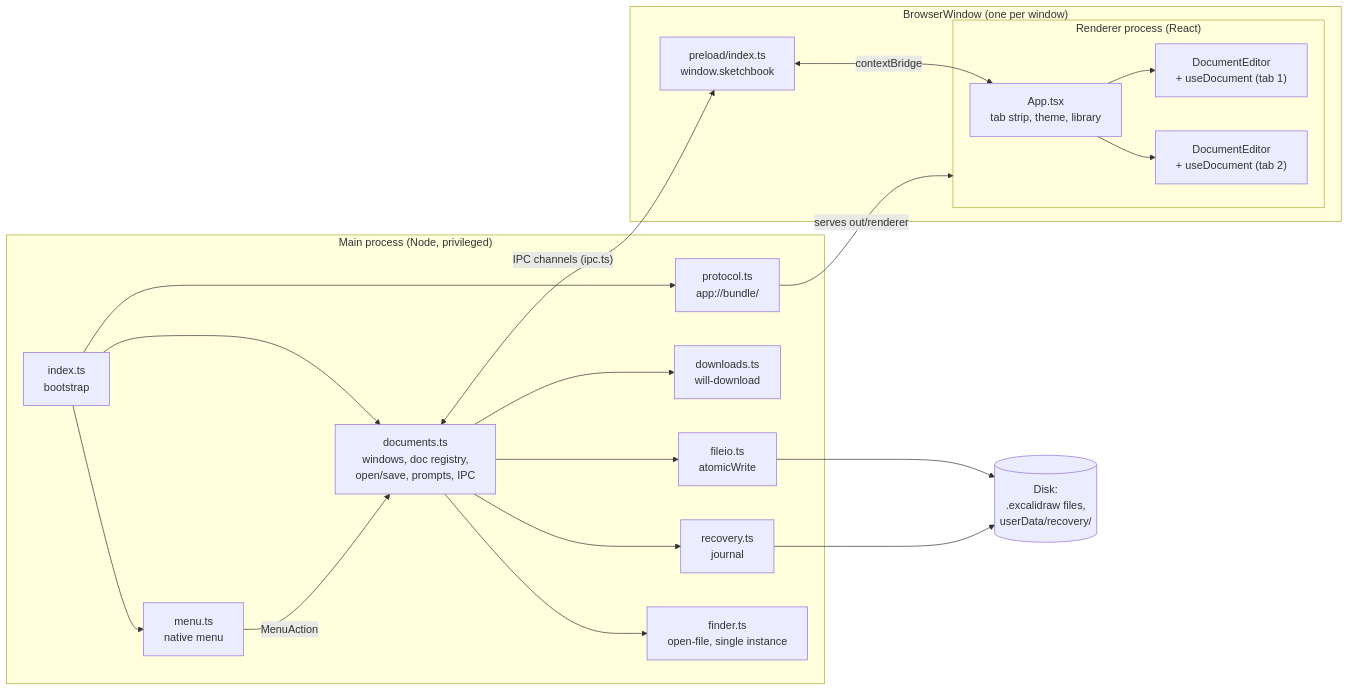
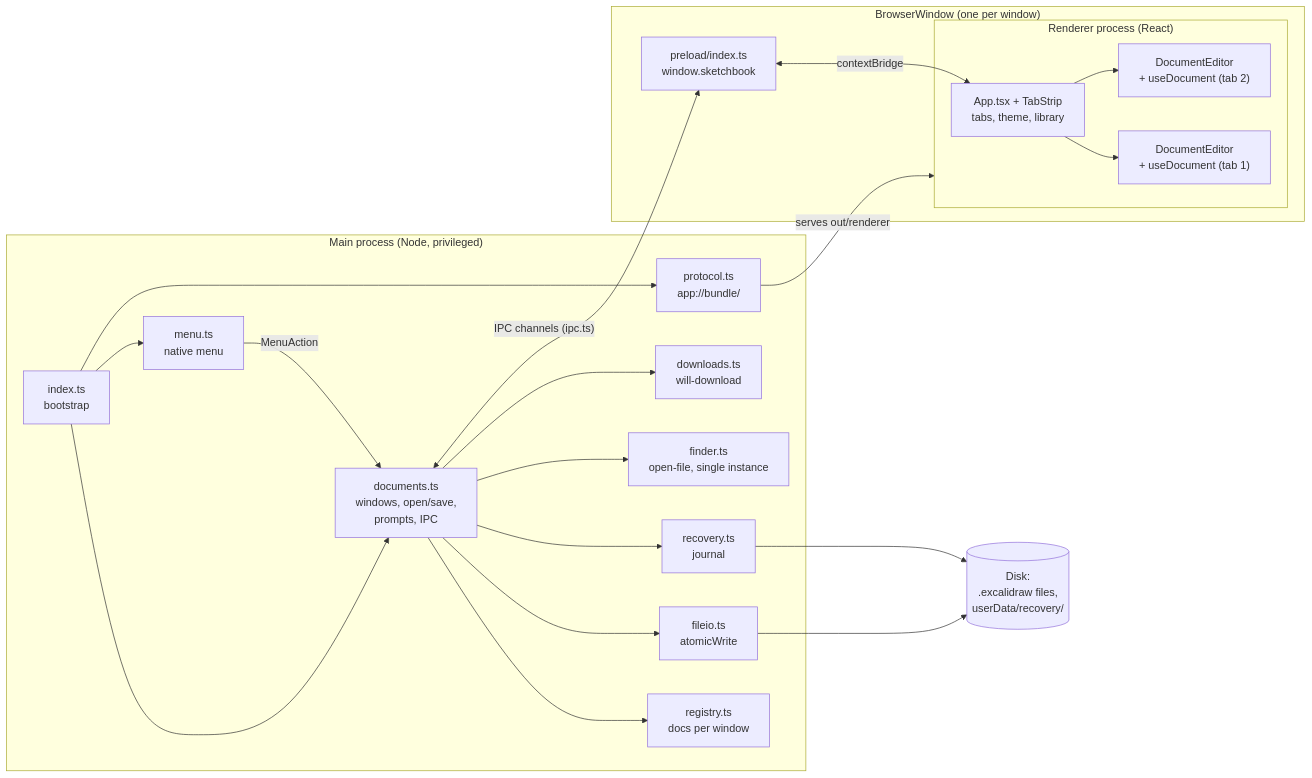
One commit to 3333444n/sketchbook changed the first of 6 diagrams in docs/architecture.md. Above: the diagram before and after it, drawn with Mermaid. The commit also changed other lines of this file and 9 other files, not shown here.

````diff
--- a/docs/architecture.md
+++ b/docs/architecture.md
@@ -12,40 +9,42 @@
 ```mermaid
 flowchart LR
   subgraph Main["Main process (Node, privileged)"]
     idx["index.ts<br/>bootstrap"]
-    docs["documents.ts<br/>windows, doc registry,<br/>open/save, prompts, IPC"]
+    docs["documents.ts<br/>windows, open/save,<br/>prompts, IPC"]
+    reg["registry.ts<br/>docs per window"]
     menu["menu.ts<br/>native menu"]
     proto["protocol.ts<br/>app://bundle/"]
     dl["downloads.ts<br/>will-download"]
     fio["fileio.ts<br/>atomicWrite"]
     rec["recovery.ts<br/>journal"]
     finder["finder.ts<br/>open-file, single instance"]
   end
 
   subgraph Win["BrowserWindow (one per window)"]
     pre["preload/index.ts<br/>window.sketchbook"]
     subgraph R["Renderer process (React)"]
-      app["App.tsx<br/>tab strip, theme, library"]
+      app["App.tsx + TabStrip<br/>tabs, theme, library"]
       ed1["DocumentEditor<br/>+ useDocument (tab 1)"]
       ed2["DocumentEditor<br/>+ useDocument (tab 2)"]
     end
   end
 
   disk[("Disk:<br/>.excalidraw files,<br/>userData/recovery/")]
 
   idx --> docs
   idx --> menu
   idx --> proto
+  docs --> reg
   docs --> fio
   docs --> rec
   docs --> finder
   docs --> dl
   menu -->|"MenuAction"| docs
   docs <-->|"IPC channels (ipc.ts)"| pre
   pre <-->|"contextBridge"| app
   app --> ed1
   app --> ed2
   fio --> disk
   rec --> disk
   proto -->|"serves out/renderer"| R
 ```
````
